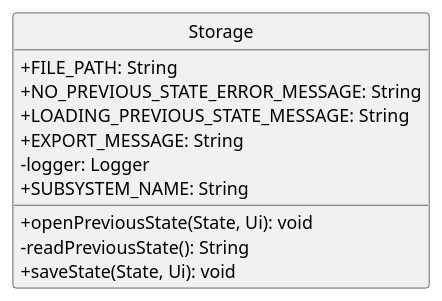
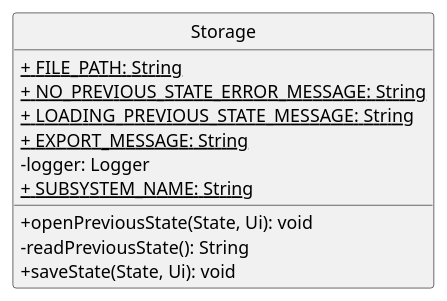
One commit to nus-cs2113-AY2223S1/tp changed the diagram in docs/UMLdiagrams/storageClass.puml. Above: the diagram before and after it, drawn with PlantUML. The commit also changed 6 other files, not shown here.

Commit message:
Add uml diagrams

```diff
--- a/docs/UMLdiagrams/storageClass.puml
+++ b/docs/UMLdiagrams/storageClass.puml
@@ -1,18 +1,18 @@
 @startuml
 'https://plantuml.com/sequence-diagram
 hide circle
 skinparam classAttributeIconSize 0
 
 class Storage {
-    + FILE_PATH: String
-    + NO_PREVIOUS_STATE_ERROR_MESSAGE: String
-    + LOADING_PREVIOUS_STATE_MESSAGE: String
-    + EXPORT_MESSAGE: String
+    <u>+ FILE_PATH: String
+    <u>+ NO_PREVIOUS_STATE_ERROR_MESSAGE: String
+    <u>+ LOADING_PREVIOUS_STATE_MESSAGE: String
+    <u>+ EXPORT_MESSAGE: String
     - logger: Logger
-    + SUBSYSTEM_NAME: String
+    <u>+ SUBSYSTEM_NAME: String
 
     + openPreviousState(State, Ui): void
     - readPreviousState(): String
     + saveState(State, Ui): void
 }
 @enduml
```
